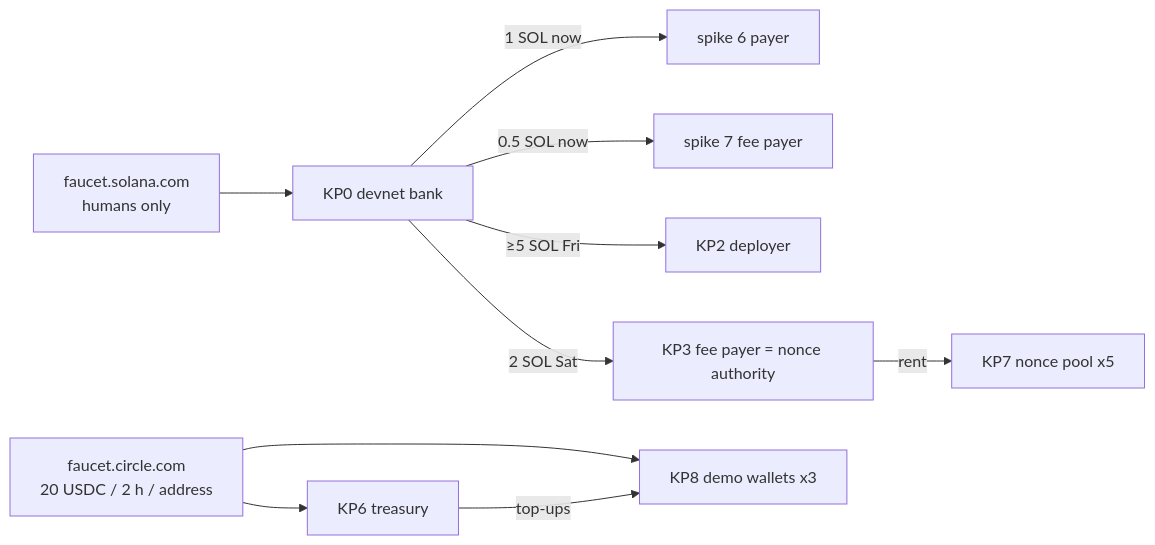
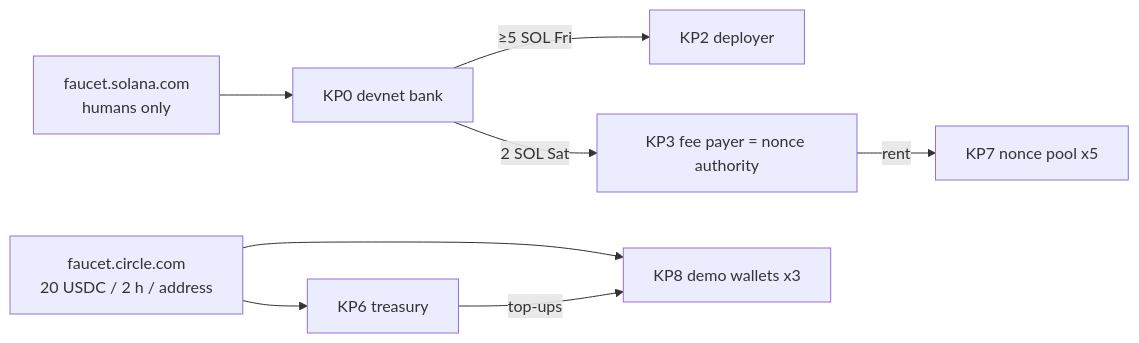
One commit to AlaricCode/YoureOn changed the first of 2 diagrams in docs/planning/SETUP-CHECKLIST.md. Above: the diagram before and after it, drawn with Mermaid. The commit also changed other lines of this file and 91 other files, not shown here.

````diff
--- a/docs/planning/SETUP-CHECKLIST.md
+++ b/docs/planning/SETUP-CHECKLIST.md
@@ -396,12 +383,10 @@
 ```mermaid
 flowchart LR
   F[faucet.solana.com<br/>humans only] --> BANK[KP0 devnet bank]
-  BANK -->|1 SOL now| S6[spike 6 payer]
-  BANK -->|0.5 SOL now| S7[spike 7 fee payer]
   BANK -->|"≥5 SOL Fri"| DEP[KP2 deployer]
   BANK -->|2 SOL Sat| FP[KP3 fee payer = nonce authority]
   FP -->|rent| NP[KP7 nonce pool x5]
   C[faucet.circle.com<br/>20 USDC / 2 h / address] --> DW[KP8 demo wallets x3]
   C --> TR[KP6 treasury]
   TR -->|top-ups| DW
 ```
````
